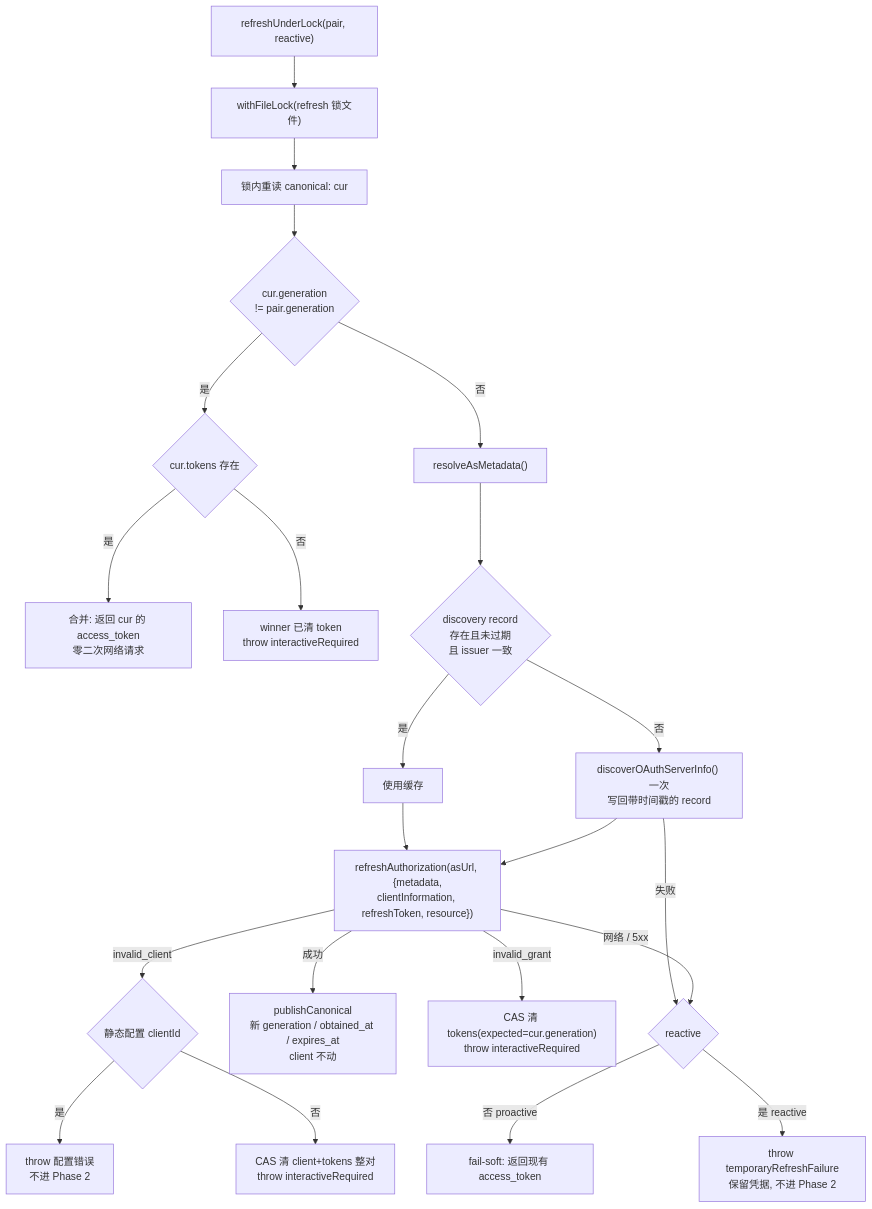
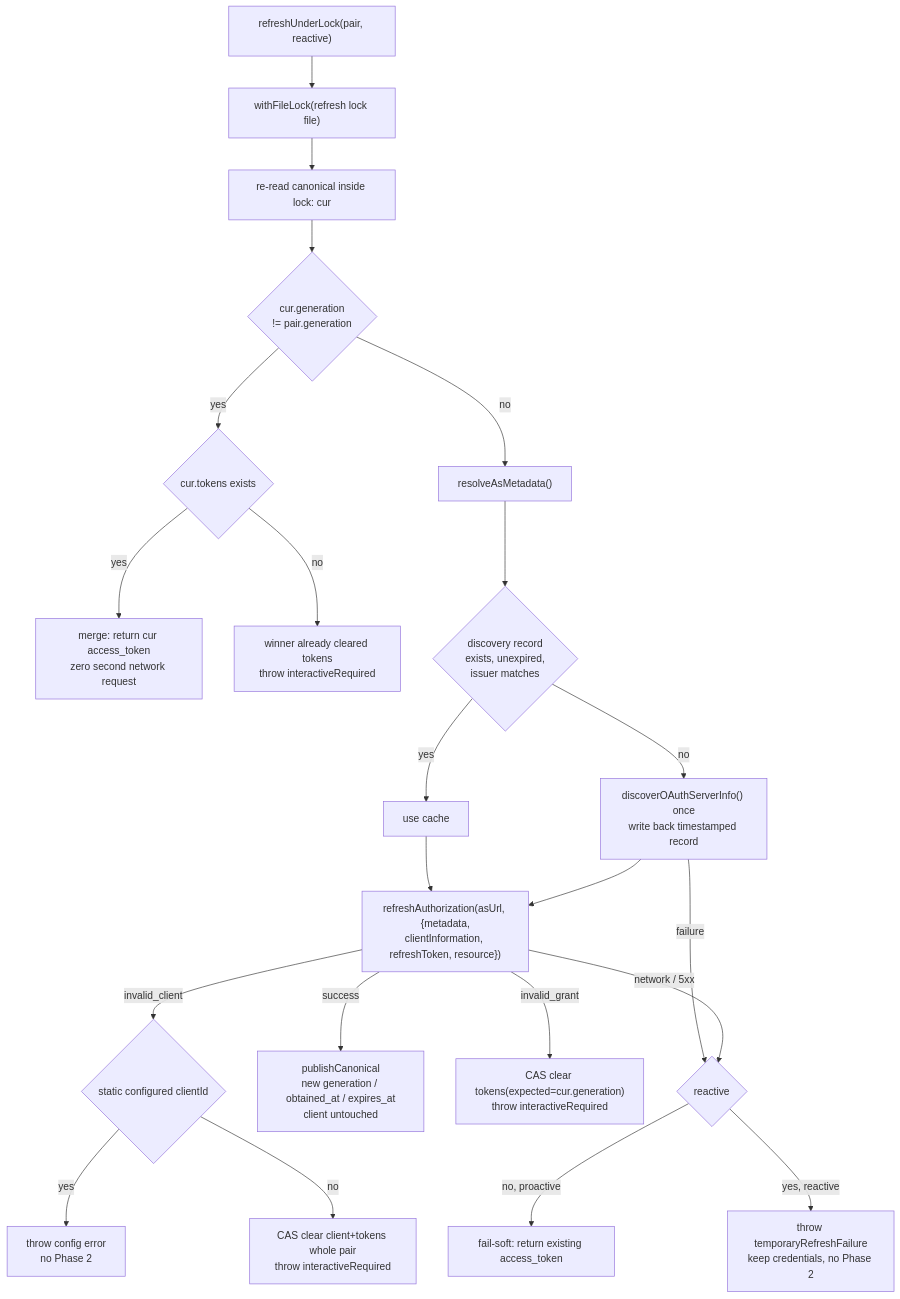
Before and after one commit to osben/ZCode: the second of 4 diagrams in docs/mcp-oauth-two-phase.md, drawn with Mermaid. The commit also changed other lines of this file and 24 other files, not shown here.

````diff
--- a/docs/mcp-oauth-two-phase.md
+++ b/docs/mcp-oauth-two-phase.md
@@ -137,24 +113,24 @@
 ```mermaid
 flowchart TD
-    A["refreshUnderLock(pair, reactive)"] --> B["withFileLock(refresh 锁文件)"]
-    B --> C[锁内重读 canonical: cur]
+    A["refreshUnderLock(pair, reactive)"] --> B["withFileLock(refresh lock file)"]
+    B --> C[re-read canonical inside lock: cur]
     C --> D{cur.generation<br/>!= pair.generation}
-    D -- 是 --> E{cur.tokens 存在}
-    E -- 是 --> F["合并: 返回 cur 的 access_token<br/>零二次网络请求"]
-    E -- 否 --> G["winner 已清 token<br/>throw interactiveRequired"]
-    D -- 否 --> H["resolveAsMetadata()"]
-    H --> I{discovery record<br/>存在且未过期<br/>且 issuer 一致}
-    I -- 是 --> K[使用缓存]
-    I -- 否 --> J["discoverOAuthServerInfo() 一次<br/>写回带时间戳的 record"]
-    J -- 失败 --> L{reactive}
+    D -- yes --> E{cur.tokens exists}
+    E -- yes --> F["merge: return cur access_token<br/>zero second network request"]
+    E -- no --> G["winner already cleared tokens<br/>throw interactiveRequired"]
+    D -- no --> H["resolveAsMetadata()"]
+    H --> I{discovery record<br/>exists, unexpired,<br/>issuer matches}
+    I -- yes --> K[use cache]
+    I -- no --> J["discoverOAuthServerInfo() once<br/>write back timestamped record"]
+    J -- failure --> L{reactive}
     K --> M["refreshAuthorization(asUrl, {metadata,<br/>clientInformation, refreshToken, resource})"]
     J --> M
-    M -- 成功 --> N["publishCanonical<br/>新 generation / obtained_at / expires_at<br/>client 不动"]
-    M -- invalid_grant --> O["CAS 清 tokens(expected=cur.generation)<br/>throw interactiveRequired"]
-    M -- invalid_client --> P{静态配置 clientId}
-    P -- 是 --> Q["throw 配置错误<br/>不进 Phase 2"]
-    P -- 否 --> R["CAS 清 client+tokens 整对<br/>throw interactiveRequired"]
-    M -- 网络 / 5xx --> L
-    L -- 否 proactive --> S["fail-soft: 返回现有 access_token"]
-    L -- 是 reactive --> T["throw temporaryRefreshFailure<br/>保留凭据, 不进 Phase 2"]
+    M -- success --> N["publishCanonical<br/>new generation / obtained_at / expires_at<br/>client untouched"]
+    M -- invalid_grant --> O["CAS clear tokens(expected=cur.generation)<br/>throw interactiveRequired"]
+    M -- invalid_client --> P{static configured clientId}
+    P -- yes --> Q["throw config error<br/>no Phase 2"]
+    P -- no --> R["CAS clear client+tokens whole pair<br/>throw interactiveRequired"]
+    M -- network / 5xx --> L
+    L -- no, proactive --> S["fail-soft: return existing access_token"]
+    L -- yes, reactive --> T["throw temporaryRefreshFailure<br/>keep credentials, no Phase 2"]
 ```
````
